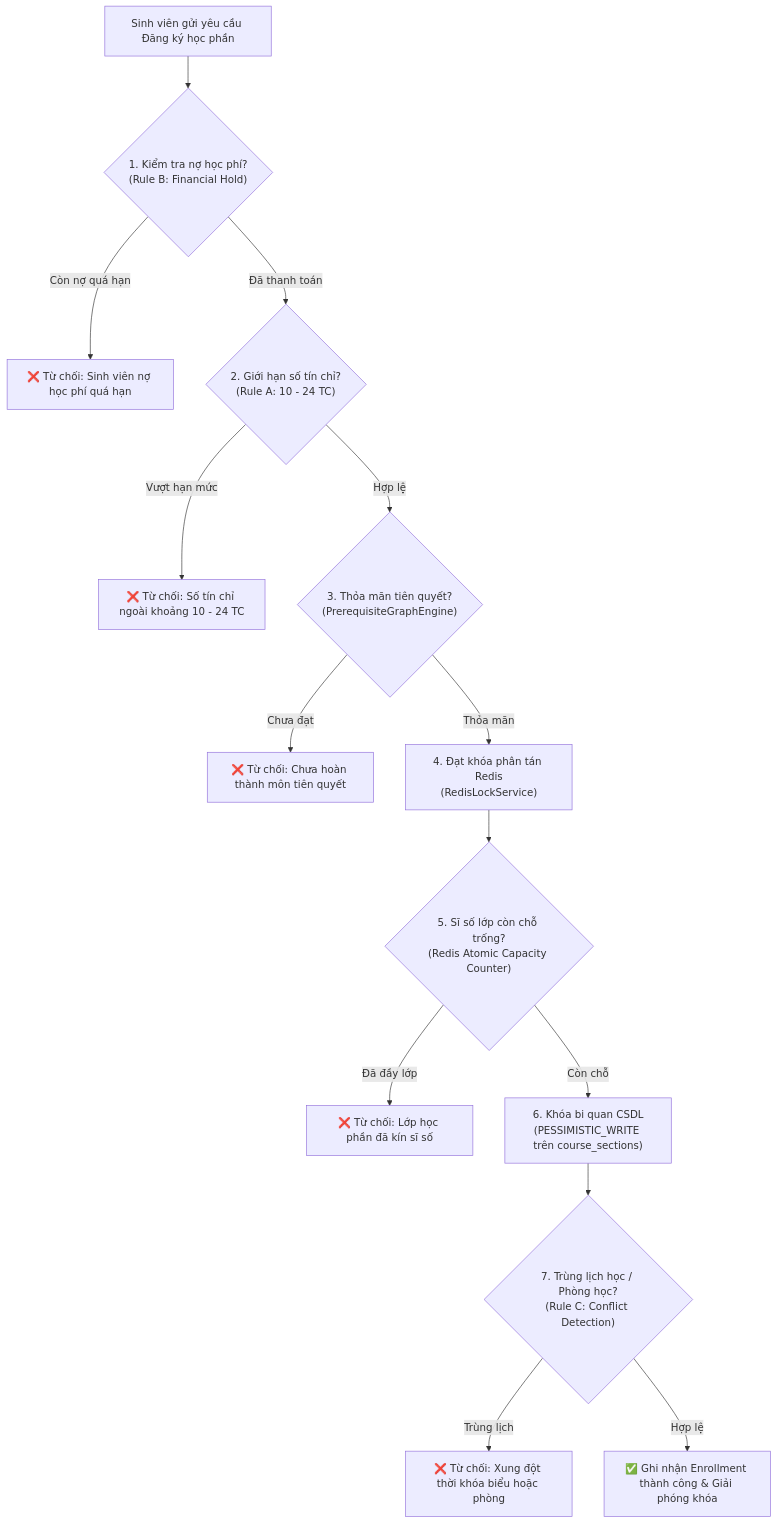
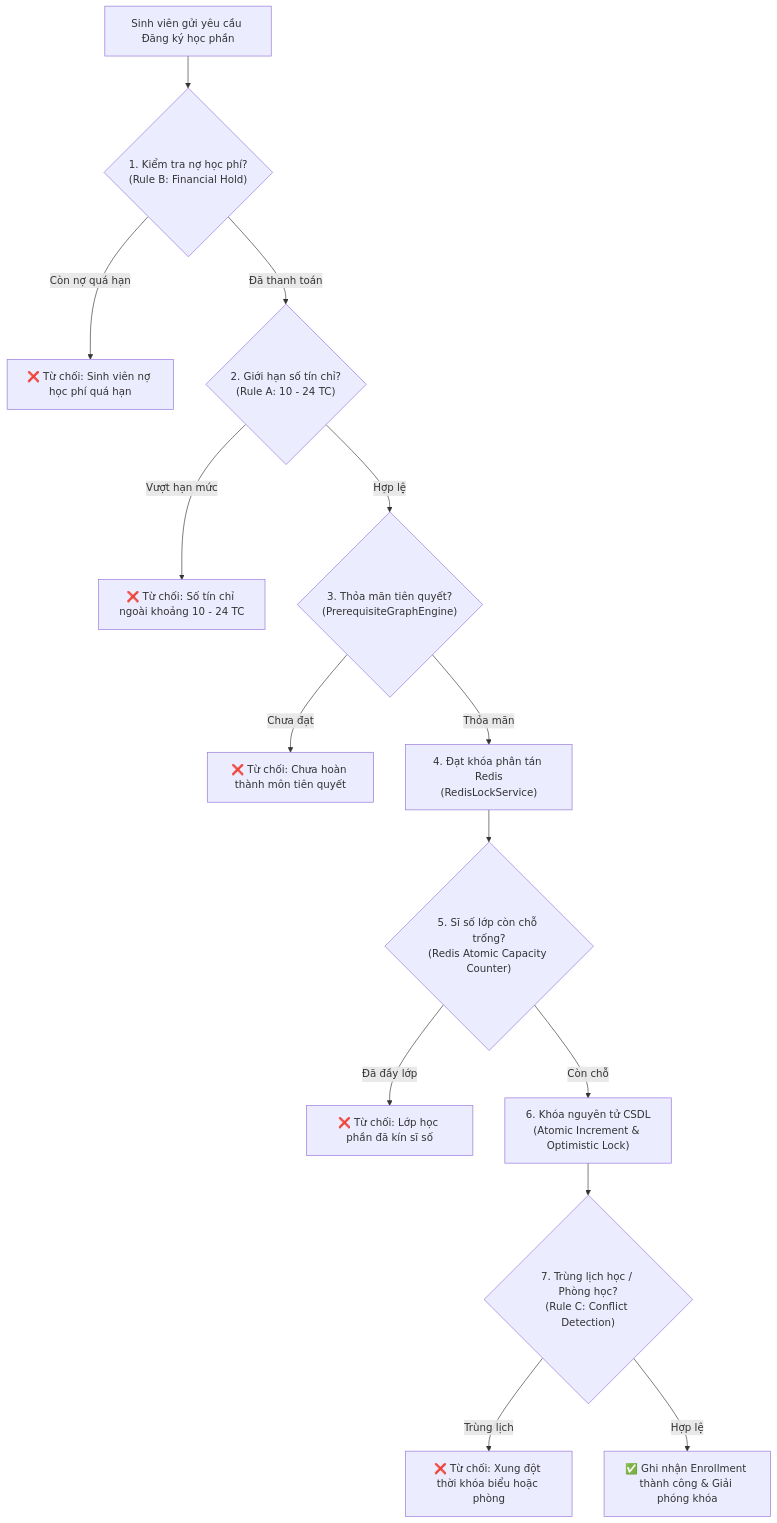
One commit to DevMarkie/DoAnChuyenNganh changed the second of 3 diagrams in README.md. Above: the diagram before and after it, drawn with Mermaid. The commit also changed other lines of this file, not shown here.

Commit message:
docs: cap nhat toan dien README dong bo 82 so do drawio, 6 vai tro rbac va 39 bang csdl

````diff
--- a/README.md
+++ b/README.md
@@ -124,16 +127,16 @@
 ```mermaid
 flowchart TD
     Req["Sinh viên gửi yêu cầu Đăng ký học phần"] --> CheckDebt{"1. Kiểm tra nợ học phí?\n(Rule B: Financial Hold)"}
     CheckDebt -->|Còn nợ quá hạn| RejectDebt["❌ Từ chối: Sinh viên nợ học phí quá hạn"]
     CheckDebt -->|Đã thanh toán| CheckLimit{"2. Giới hạn số tín chỉ?\n(Rule A: 10 - 24 TC)"}
     CheckLimit -->|Vượt hạn mức| RejectLimit["❌ Từ chối: Số tín chỉ ngoài khoảng 10 - 24 TC"]
     CheckLimit -->|Hợp lệ| CheckPrereq{"3. Thỏa mãn tiên quyết?\n(PrerequisiteGraphEngine)"}
     CheckPrereq -->|Chưa đạt| RejectPrereq["❌ Từ chối: Chưa hoàn thành môn tiên quyết"]
     CheckPrereq -->|Thỏa mãn| AcquireLock["4. Đạt khóa phân tán Redis\n(RedisLockService)"]
     AcquireLock --> CheckRedisSlot{"5. Sĩ số lớp còn chỗ trống?\n(Redis Atomic Capacity Counter)"}
     CheckRedisSlot -->|Đã đầy lớp| RejectFull["❌ Từ chối: Lớp học phần đã kín sĩ số"]
-    CheckRedisSlot -->|Còn chỗ| DBLock["6. Khóa bi quan CSDL\n(PESSIMISTIC_WRITE trên course_sections)"]
+    CheckRedisSlot -->|Còn chỗ| DBLock["6. Khóa nguyên tử CSDL\n(Atomic Increment & Optimistic Lock)"]
     DBLock --> CheckConflict{"7. Trùng lịch học / Phòng học?\n(Rule C: Conflict Detection)"}
     CheckConflict -->|Trùng lịch| RejectConflict["❌ Từ chối: Xung đột thời khóa biểu hoặc phòng"]
     CheckConflict -->|Hợp lệ| Commit["✅ Ghi nhận Enrollment thành công & Giải phóng khóa"]
 ```
````
